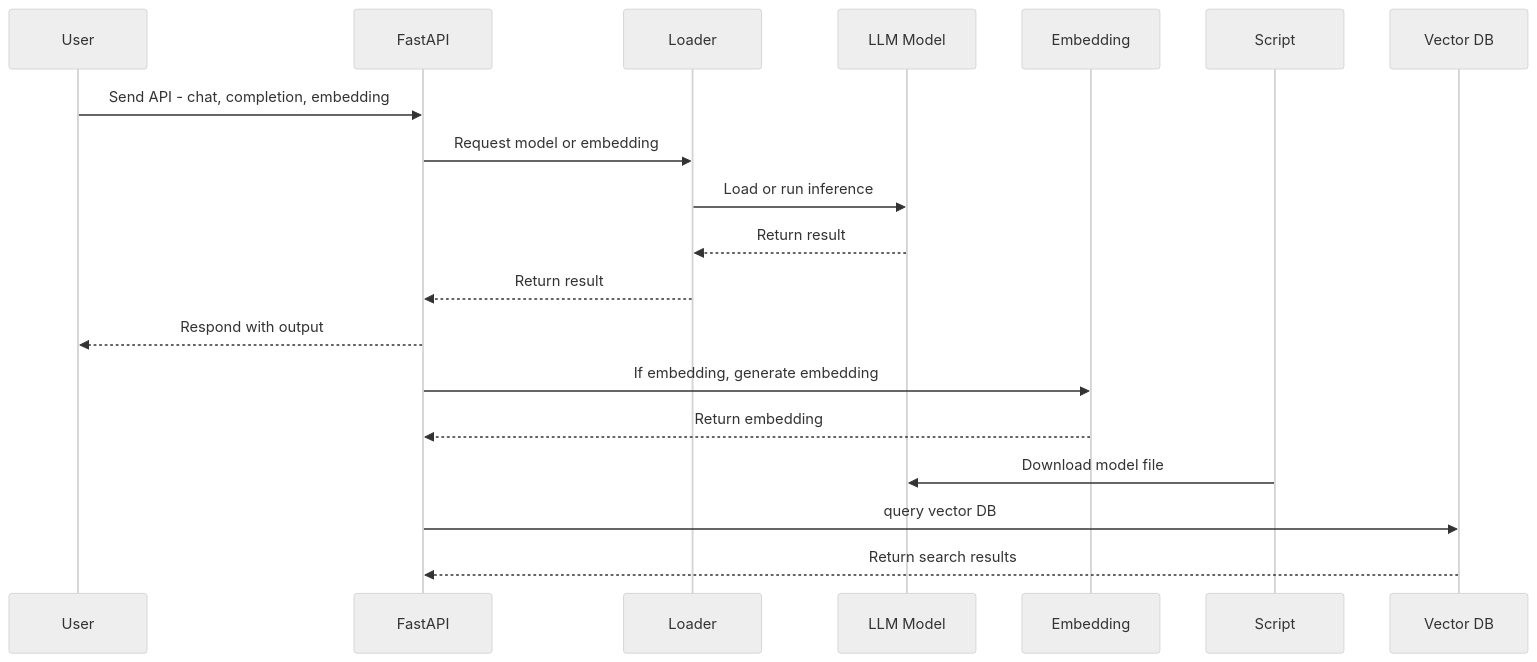
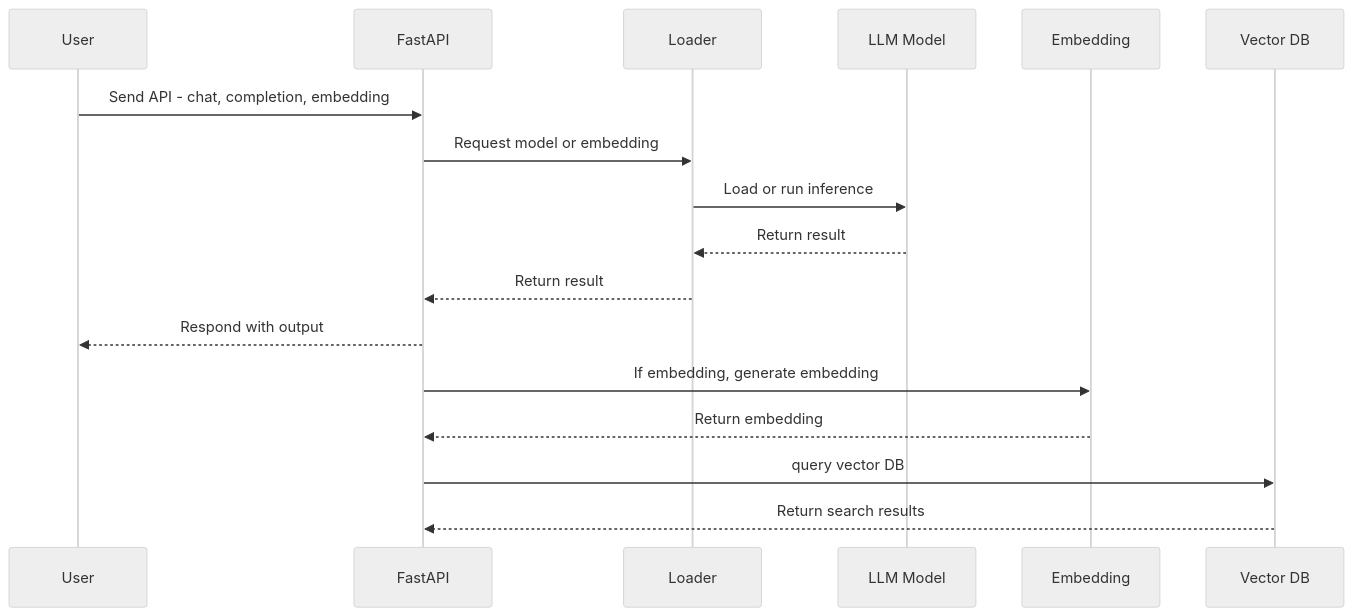
The second of 2 diagrams in src/python/fastapi_edge-llm-infer/README.md (coyote7wolf/coyote7wolf), drawn with Mermaid before and after one commit.

Commit message:
✨ chore(docs): remove redundant model download step from data flow sequence diagram

````diff
--- a/src/python/fastapi_edge-llm-infer/README.md
+++ b/src/python/fastapi_edge-llm-infer/README.md
@@ -32,23 +32,21 @@
 ```mermaid
 %%{init: {"theme":"neutral"}}%%
 sequenceDiagram
     participant U as User
     participant A as FastAPI
     participant L as Loader
     participant M as LLM Model
     participant E as Embedding
-    participant S as Script
     participant D as Vector DB
 
     U->>A: Send API - chat, completion, embedding
     A->>L: Request model or embedding
     L->>M: Load or run inference
     M-->>L: Return result
     L-->>A: Return result
     A-->>U: Respond with output
     A->>E: If embedding, generate embedding
     E-->>A: Return embedding
-    S->>M: Download model file
     A->>D: query vector DB
     D-->>A: Return search results
 ```
````
